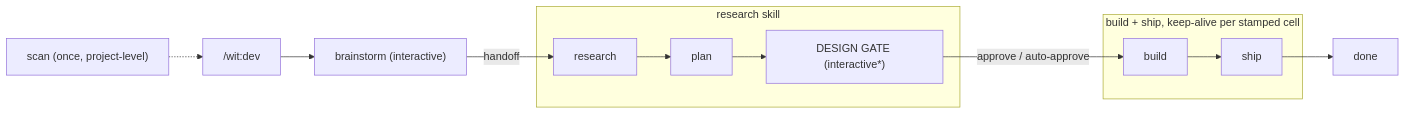
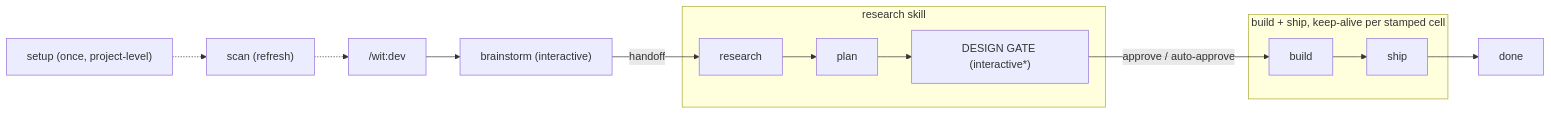
One commit to Wittenberger-Industries/witloop changed the diagram in references/workflow.md. Above: the diagram before and after it, drawn with Mermaid. The commit also changed other lines of this file and 55 other files, not shown here.

First line of the commit message:
feat: /wit-setup first-run (v1.16.2) (#95)

````diff
--- a/references/workflow.md
+++ b/references/workflow.md
@@ -19,14 +19,14 @@
 ```mermaid
 flowchart LR
-  scan["scan (once, project-level)"] -.-> dev["/wit:dev"]
+  setup["setup (once, project-level)"] -.-> scan["scan (refresh)"] -.-> dev["/wit:dev"]
   dev --> bstorm["brainstorm (interactive)"]
   bstorm -- "handoff" --> research
   subgraph rskill["research skill"]
     research --> plan --> gate["DESIGN GATE (interactive*)"]
   end
   gate -- "approve / auto-approve" --> build
   subgraph keepalive["build + ship, keep-alive per stamped cell"]
     build --> ship
   end
   ship --> done
 ```
````
